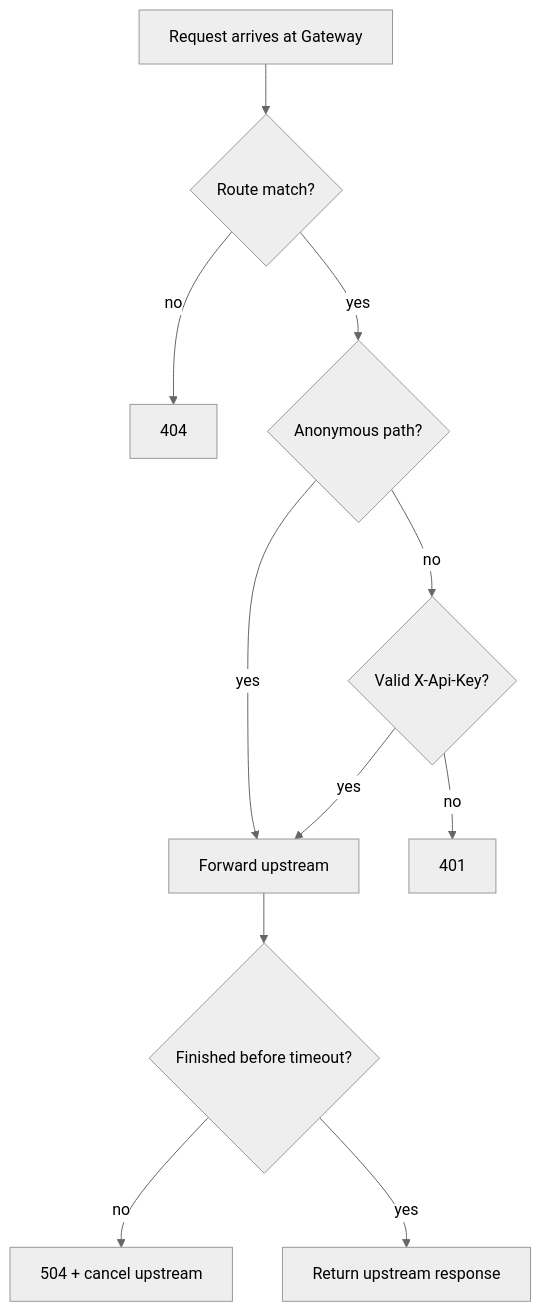
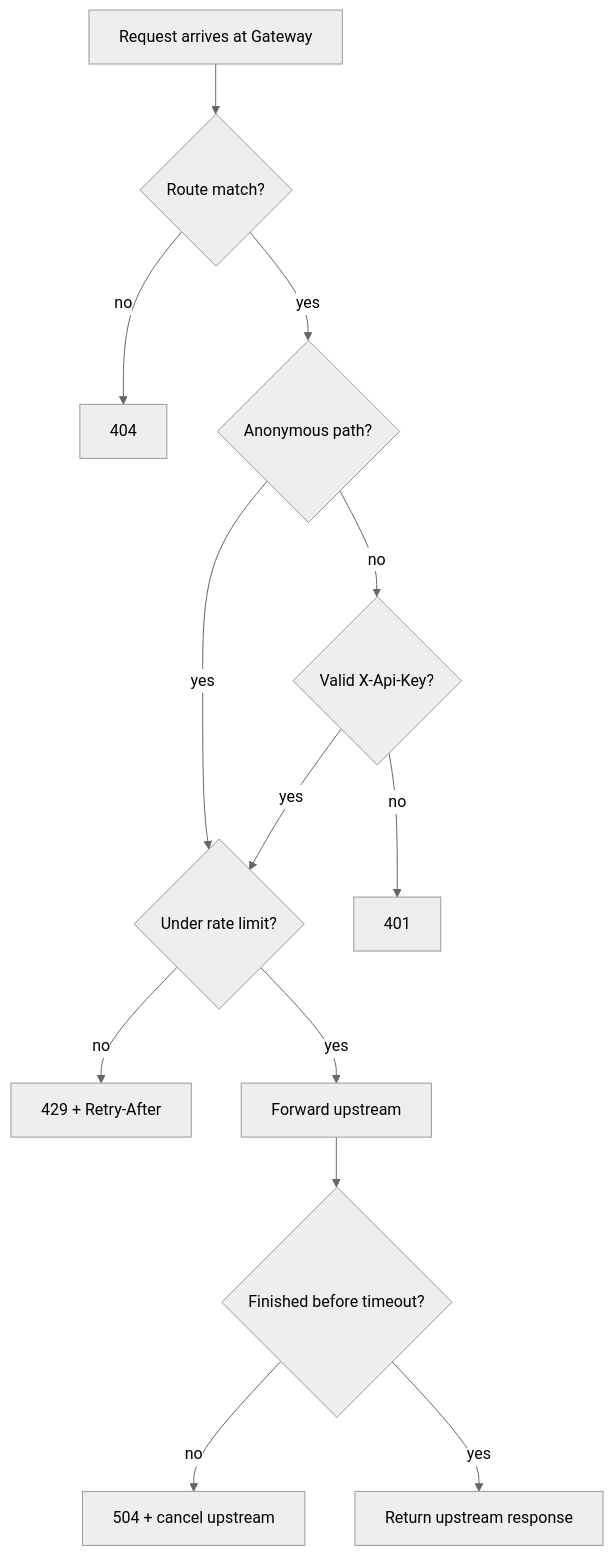
The second of 3 diagrams in README.md (Am64r/mini-gateway), drawn with Mermaid (neutral theme) before and after one commit. The commit also changed other lines of this file and 5 other files, not shown here.

````diff
--- a/README.md
+++ b/README.md
@@ -23,13 +23,15 @@
 ```mermaid
 flowchart TD
     R[Request arrives at Gateway] --> M{Route match?}
     M -- no --> N[404]
     M -- yes --> A{Anonymous path?}
-    A -- yes --> F[Forward upstream]
+    A -- yes --> RL{Under rate limit?}
     A -- no --> K{Valid X-Api-Key?}
     K -- no --> U401[401]
-    K -- yes --> F[Forward upstream]
+    K -- yes --> RL
+    RL -- no --> U429[429 + Retry-After]
+    RL -- yes --> F[Forward upstream]
     F --> T{Finished before timeout?}
     T -- no --> U504[504 + cancel upstream]
     T -- yes --> OK[Return upstream response]
 ```
````
